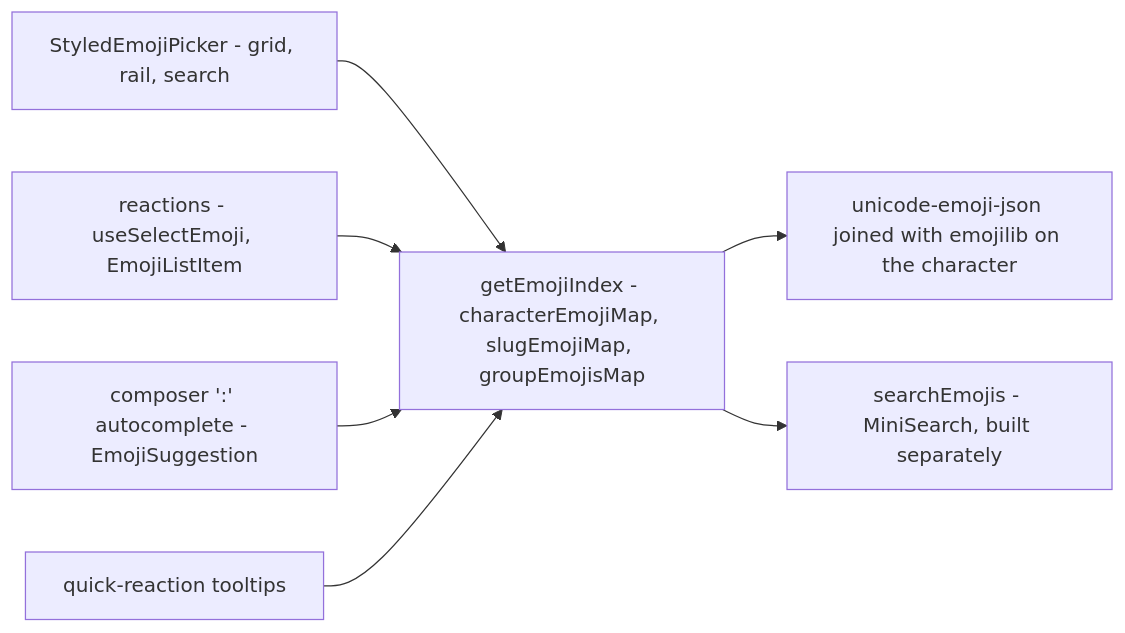
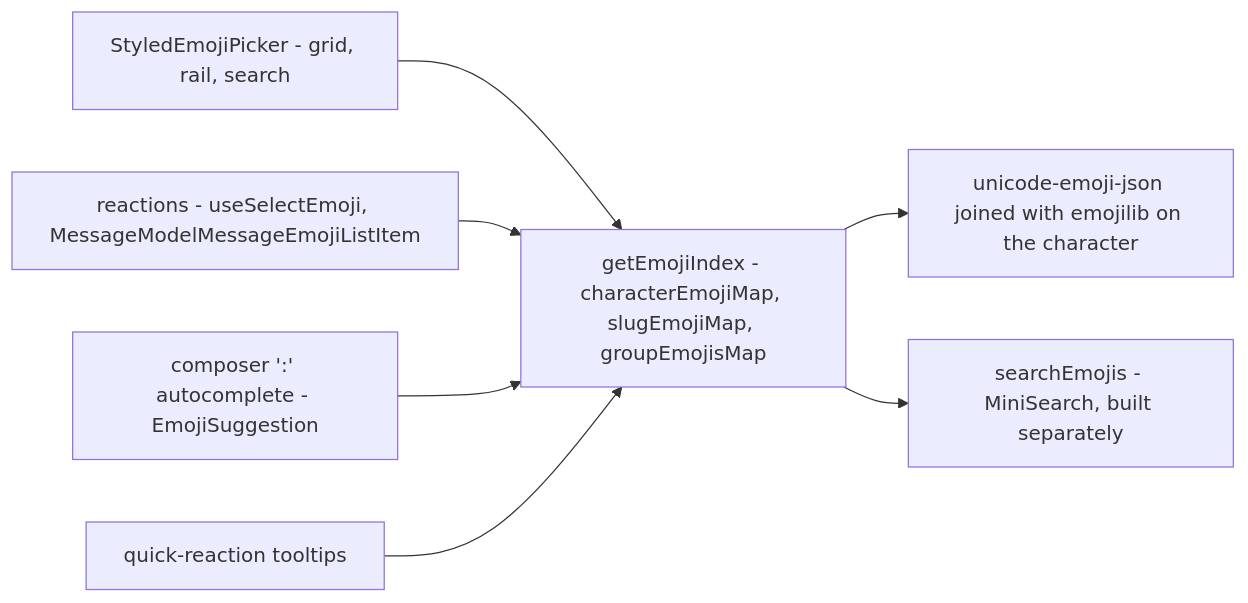
The diagram in apps/web/content/docs/esbabbler/emoji.md (Esposter/Esposter), drawn with Mermaid before and after one commit. The commit also changed 2 other files, not shown here.

Commit message:
docs: the diagrams and the /me example name what the code names
The slash command message flow says a posting case assigns `message` and a dialog or mutation case leaves it
empty, and the `/me` example assigns the shared `message` rather than a `createMessageInput` the switch no
longer builds. The offline-progress flowchart names `MIN_OFFLINE_DIALOG_ELAPSED_MS` and the emoji diagram names
`MessageModelMessageEmojiListItem`, as the prose beside each already does.

Answers: 4016671789
Answers: 4016671794
Answers: 4016671803

````diff
--- a/apps/web/content/docs/esbabbler/emoji.md
+++ b/apps/web/content/docs/esbabbler/emoji.md
@@ -14,9 +14,9 @@
 ```mermaid
 flowchart LR
   Picker["StyledEmojiPicker - grid, rail, search"] --> Index
-  React["reactions - useSelectEmoji, EmojiListItem"] --> Index
+  React["reactions - useSelectEmoji, MessageModelMessageEmojiListItem"] --> Index
   Composer["composer ':' autocomplete - EmojiSuggestion"] --> Index
   Tooltip["quick-reaction tooltips"] --> Index
   Index["getEmojiIndex - characterEmojiMap, slugEmojiMap, groupEmojisMap"] --> Data["unicode-emoji-json joined with emojilib on the character"]
   Index --> Search["searchEmojis - MiniSearch, built separately"]
 ```
````
